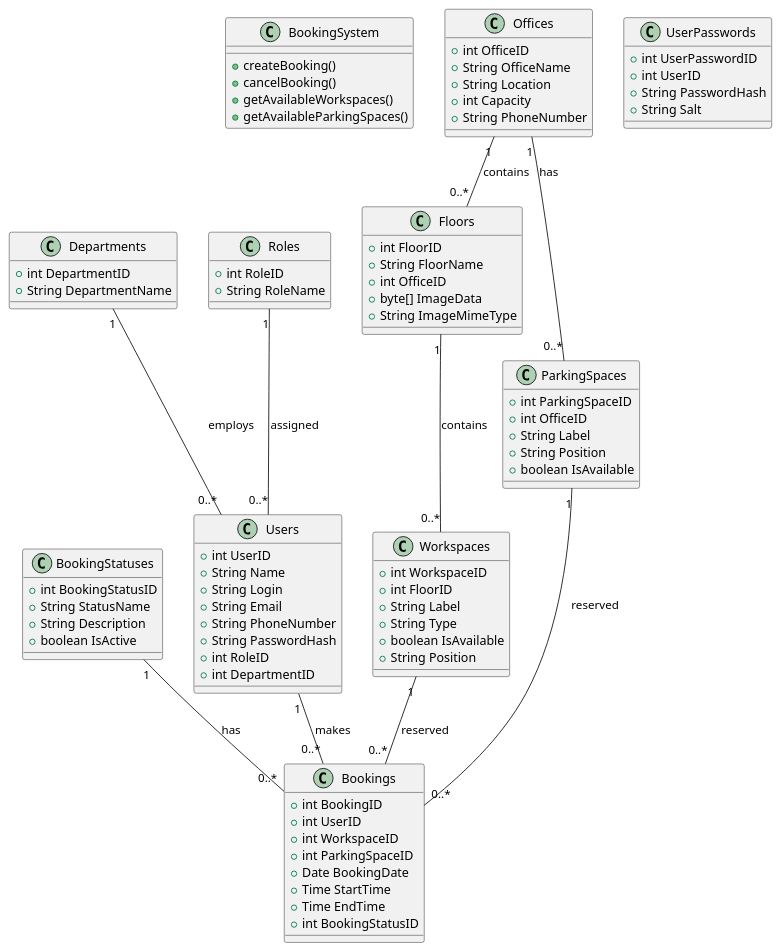
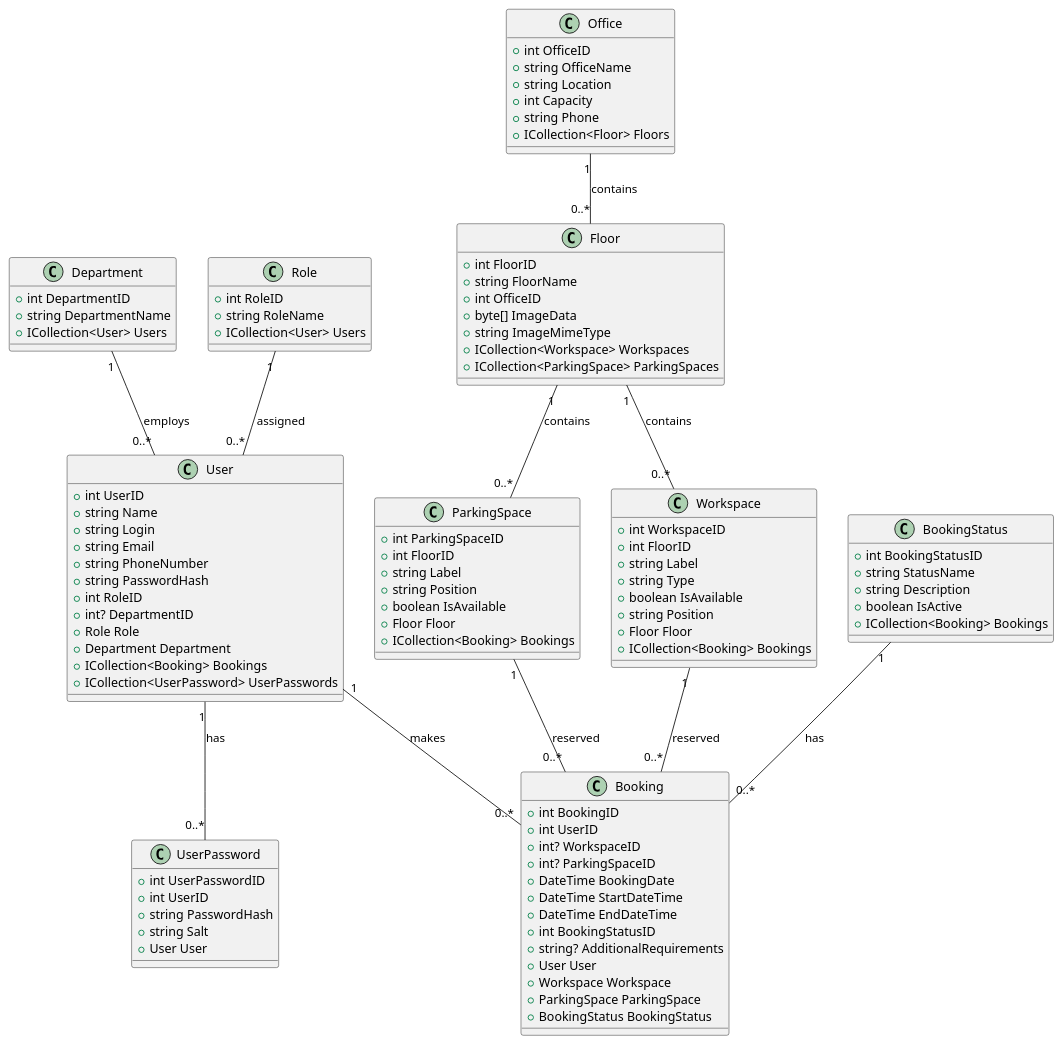
The diagram in diagram.puml (AleksandrFyaksel/BookingSystem), drawn with PlantUML before and after one commit. The commit also changed 69 other files, not shown here.

```diff
--- a/diagram.puml
+++ b/diagram.puml
@@ -1,99 +1,113 @@
 @startuml
 
-class BookingSystem {
-    +createBooking()
-    +cancelBooking()
-    +getAvailableWorkspaces()
-    +getAvailableParkingSpaces()
+class Booking {
+    +int BookingID
+    +int UserID
+    +int? WorkspaceID
+    +int? ParkingSpaceID
+    +DateTime BookingDate
+    +DateTime StartDateTime
+    +DateTime EndDateTime
+    +int BookingStatusID
+    +string? AdditionalRequirements
+    +User User
+    +Workspace Workspace
+    +ParkingSpace ParkingSpace
+    +BookingStatus BookingStatus
 }
 
-class BookingStatuses {
+class BookingStatus {
     +int BookingStatusID
-    +String StatusName
-    +String Description
+    +string StatusName
+    +string Description
     +boolean IsActive
+    +ICollection<Booking> Bookings
 }
 
-class Departments {
+class Department {
     +int DepartmentID
-    +String DepartmentName
+    +string DepartmentName
+    +ICollection<User> Users
 }
 
-class Roles {
+class Role {
     +int RoleID
-    +String RoleName
+    +string RoleName
+    +ICollection<User> Users
 }
 
-class Offices {
+class Office {
     +int OfficeID
-    +String OfficeName
-    +String Location
+    +string OfficeName
+    +string Location
     +int Capacity
-    +String PhoneNumber
+    +string Phone
+    +ICollection<Floor> Floors
 }
 
-class Floors {
+class Floor {
     +int FloorID
-    +String FloorName
+    +string FloorName
     +int OfficeID
     +byte[] ImageData
-    +String ImageMimeType
+    +string ImageMimeType
+    +ICollection<Workspace> Workspaces
+    +ICollection<ParkingSpace> ParkingSpaces
 }
 
-class Users {
+class User {
     +int UserID
-    +String Name
-    +String Login
-    +String Email
-    +String PhoneNumber
-    +String PasswordHash
+    +string Name
+    +string Login
+    +string Email
+    +string PhoneNumber
+    +string PasswordHash
     +int RoleID
-    +int DepartmentID
+    +int? DepartmentID
+    +Role Role
+    +Department Department
+    +ICollection<Booking> Bookings
+    +ICollection<UserPassword> UserPasswords
 }
 
-class ParkingSpaces {
+class ParkingSpace {
     +int ParkingSpaceID
-    +int OfficeID
-    +String Label
-    +String Position
+    +int FloorID
+    +string Label
+    +string Position
     +boolean IsAvailable
+    +Floor Floor
+    +ICollection<Booking> Bookings
 }
 
-class UserPasswords {
+class UserPassword {
     +int UserPasswordID
     +int UserID
-    +String PasswordHash
-    +String Salt
+    +string PasswordHash
+    +string Salt
+    +User User
 }
 
-class Workspaces {
+class Workspace {
     +int WorkspaceID
     +int FloorID
-    +String Label
-    +String Type
+    +string Label
+    +string Type
     +boolean IsAvailable
-    +String Position
+    +string Position
+    +Floor Floor
+    +ICollection<Booking> Bookings
 }
 
-class Bookings {
-    +int BookingID
-    +int UserID
-    +int WorkspaceID
-    +int ParkingSpaceID
-    +Date BookingDate
-    +Time StartTime
-    +Time EndTime
-    +int BookingStatusID
-}
-
-BookingStatuses "1" -- "0..*" Bookings : has
-Departments "1" -- "0..*" Users : employs
-Roles "1" -- "0..*" Users : assigned
-Offices "1" -- "0..*" Floors : contains
-Offices "1" -- "0..*" ParkingSpaces : has
-Floors "1" -- "0..*" Workspaces : contains
-Users "1" -- "0..*" Bookings : makes
-Workspaces "1" -- "0..*" Bookings : reserved
-ParkingSpaces "1" -- "0..*" Bookings : reserved
+BookingStatus "1" -- "0..*" Booking : has
+Department "1" -- "0..*" User : employs
+Role "1" -- "0..*" User : assigned
+Office "1" -- "0..*" Floor : contains
+Floor "1" -- "0..*" Workspace : contains
+Floor "1" -- "0..*" ParkingSpace : contains
+User "1" -- "0..*" Booking : makes
+Workspace "1" -- "0..*" Booking : reserved
+ParkingSpace "1" -- "0..*" Booking : reserved
+User "1" -- "0..*" UserPassword : has
 
 @enduml
```
